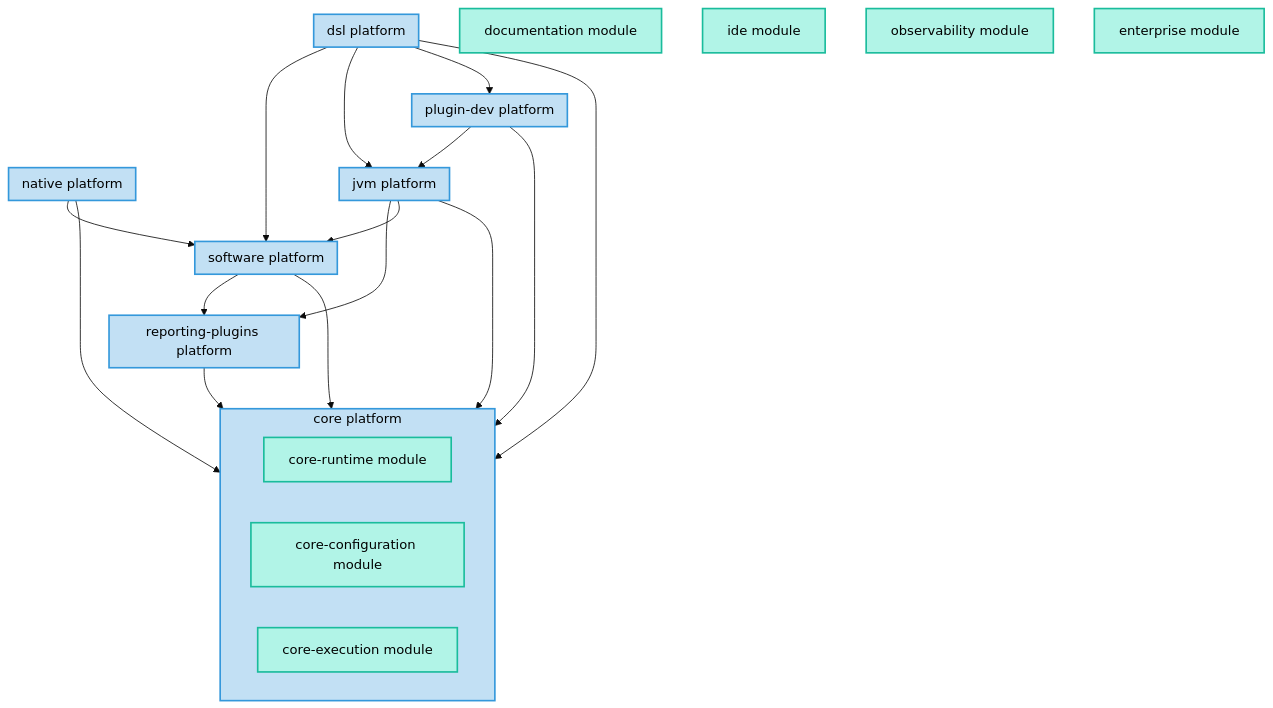
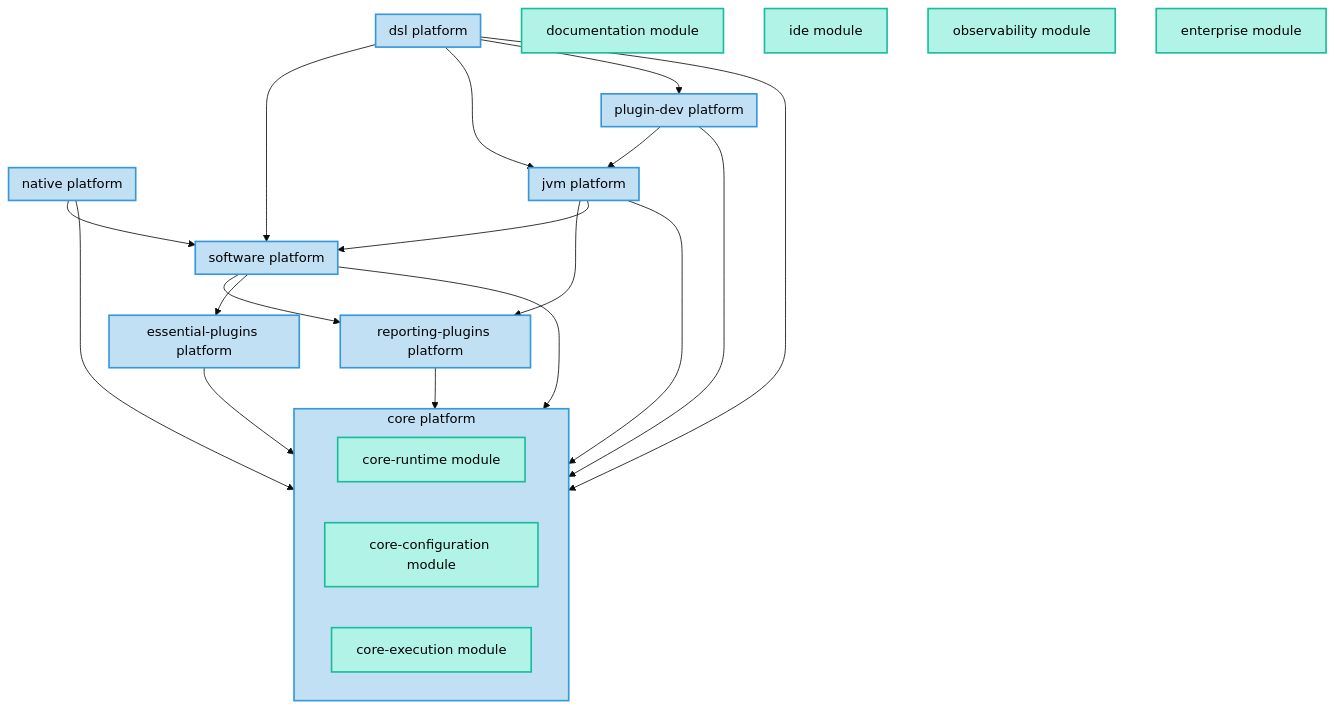
Before and after one commit to gradle/gradle: the diagram in architecture/platforms.md, drawn with Mermaid (base theme). The commit also changed other lines of this file and 35 other files, not shown here.

Commit message:
Move wrapper plugin to essential-plugins platform

````diff
--- a/architecture/platforms.md
+++ b/architecture/platforms.md
@@ -13,66 +13,72 @@
 ```mermaid
     graph TD
 
     subgraph core["core platform"]
 
         core_runtime["core-runtime module"]
         style core_runtime stroke:#1abc9c,fill:#b1f4e7,stroke-width:2px,color:#000;
 
         core_configuration["core-configuration module"]
         style core_configuration stroke:#1abc9c,fill:#b1f4e7,stroke-width:2px,color:#000;
 
         core_execution["core-execution module"]
         style core_execution stroke:#1abc9c,fill:#b1f4e7,stroke-width:2px,color:#000;
     end
     style core fill:#c2e0f4,stroke:#3498db,stroke-width:2px,color:#000;
 
     documentation["documentation module"]
     style documentation stroke:#1abc9c,fill:#b1f4e7,stroke-width:2px,color:#000;
 
     ide["ide module"]
     style ide stroke:#1abc9c,fill:#b1f4e7,stroke-width:2px,color:#000;
 
     observability["observability module"]
     style observability stroke:#1abc9c,fill:#b1f4e7,stroke-width:2px,color:#000;
 
     subgraph reporting_plugins["reporting-plugins platform"]
     end
     style reporting_plugins fill:#c2e0f4,stroke:#3498db,stroke-width:2px,color:#000;
     reporting_plugins --> core
 
+    subgraph essential_plugins["essential-plugins platform"]
+    end
+    style essential_plugins fill:#c2e0f4,stroke:#3498db,stroke-width:2px,color:#000;
+    essential_plugins --> core
+
     subgraph software["software platform"]
     end
     style software fill:#c2e0f4,stroke:#3498db,stroke-width:2px,color:#000;
     software --> core
     software --> reporting_plugins
+    software --> essential_plugins
 
     subgraph jvm["jvm platform"]
     end
     style jvm fill:#c2e0f4,stroke:#3498db,stroke-width:2px,color:#000;
     jvm --> core
     jvm --> reporting_plugins
     jvm --> software
 
     subgraph plugin_dev["plugin-dev platform"]
     end
     style plugin_dev fill:#c2e0f4,stroke:#3498db,stroke-width:2px,color:#000;
     plugin_dev --> core
     plugin_dev --> jvm
 
     subgraph dsl["dsl platform"]
     end
     style dsl fill:#c2e0f4,stroke:#3498db,stroke-width:2px,color:#000;
     dsl --> core
     dsl --> software
     dsl --> jvm
     dsl --> plugin_dev
 
     subgraph native["native platform"]
     end
     style native fill:#c2e0f4,stroke:#3498db,stroke-width:2px,color:#000;
     native --> core
     native --> software
 
     enterprise["enterprise module"]
     style enterprise stroke:#1abc9c,fill:#b1f4e7,stroke-width:2px,color:#000;
 ```
````
